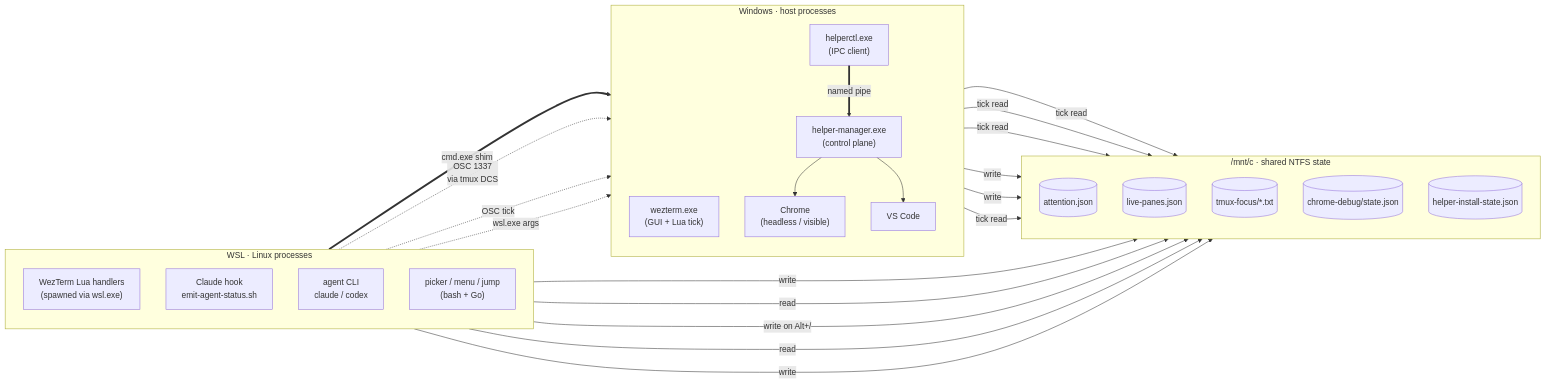
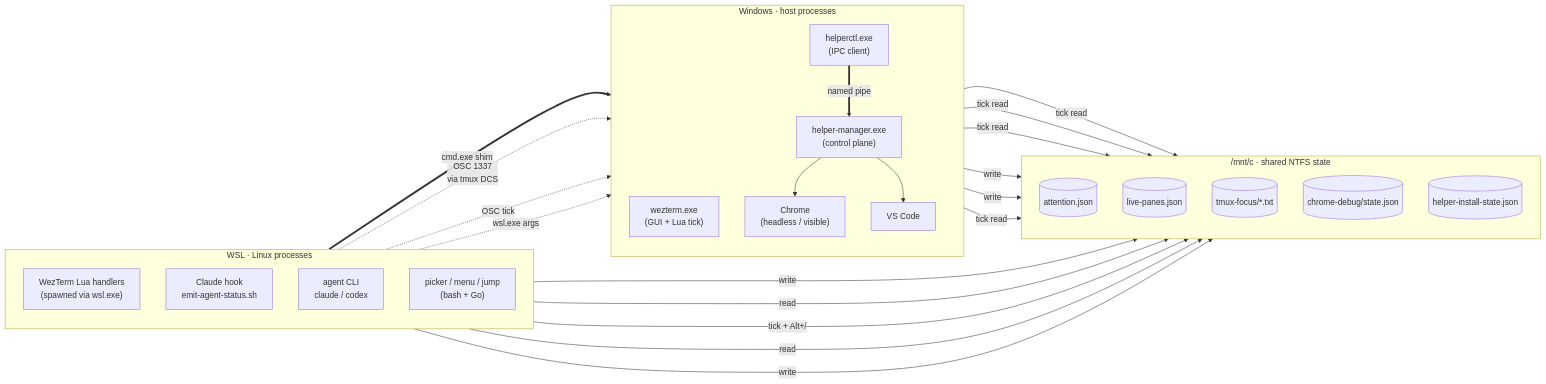
Before and after one commit to yunsii/wezdeck: the first of 2 diagrams in docs/architecture.md, drawn with Mermaid. The commit also changed other lines of this file, not shown here.

First line of the commit message:
docs(architecture): codify continuous-maintenance rule for /mnt/c file channel

````diff
--- a/docs/architecture.md
+++ b/docs/architecture.md
@@ -136,52 +142,52 @@
 ```mermaid
 flowchart LR
   subgraph WSL["WSL · Linux processes"]
     direction TB
     W_LUA["WezTerm Lua handlers<br/>(spawned via wsl.exe)"]
     W_HOOK["Claude hook<br/>emit-agent-status.sh"]
     W_AGENT["agent CLI<br/>claude / codex"]
     W_BASH["picker / menu / jump<br/>(bash + Go)"]
   end
 
   subgraph FS["/mnt/c · shared NTFS state"]
     direction TB
     F_ATT[("attention.json")]
     F_LIVE[("live-panes.json")]
     F_FOCUS[("tmux-focus/*.txt")]
     F_CHROME[("chrome-debug/state.json")]
     F_HELPER[("helper-install-state.json")]
   end
 
   subgraph WIN["Windows · host processes"]
     direction TB
     H_WEZ["wezterm.exe<br/>(GUI + Lua tick)"]
     H_CTL["helperctl.exe<br/>(IPC client)"]
     H_MGR["helper-manager.exe<br/>(control plane)"]
     H_CHR["Chrome<br/>(headless / visible)"]
     H_VSC["VS Code"]
   end
 
   W_BASH ==>|"cmd.exe shim"| H_CTL
   H_CTL ==>|"named pipe"| H_MGR
   H_MGR --> H_CHR
   H_MGR --> H_VSC
 
   W_AGENT -.->|"OSC 1337<br/>via tmux DCS"| H_WEZ
   W_HOOK  -.->|"OSC tick"| H_WEZ
   W_LUA   -.->|"wsl.exe args"| H_WEZ
 
   W_HOOK -- write --> F_ATT
   W_BASH -- read --> F_ATT
-  W_LUA  -- "write on Alt+/" --> F_LIVE
+  W_LUA  -- "tick + Alt+/" --> F_LIVE
   W_BASH -- read --> F_LIVE
   W_BASH -- write --> F_FOCUS
   H_WEZ  -- "tick read" --> F_ATT
   H_WEZ  -- "tick read" --> F_LIVE
   H_WEZ  -- "tick read" --> F_FOCUS
   H_MGR  -- write --> F_CHROME
   H_MGR  -- write --> F_HELPER
   H_WEZ  -- "tick read" --> F_CHROME
 
   classDef pipe stroke:#1f6feb,stroke-width:2px
   classDef osc  stroke:#9a6700,stroke-width:2px,stroke-dasharray:5 3
 ```
````
